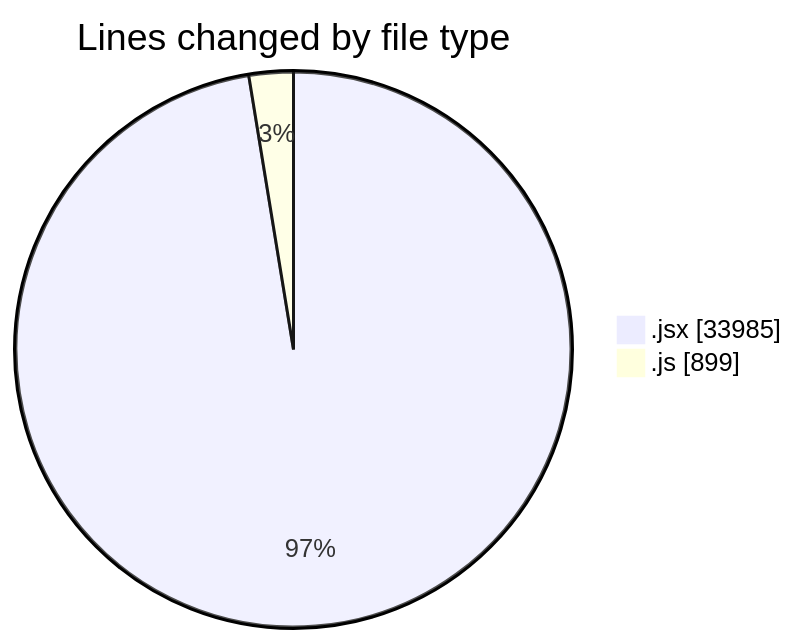
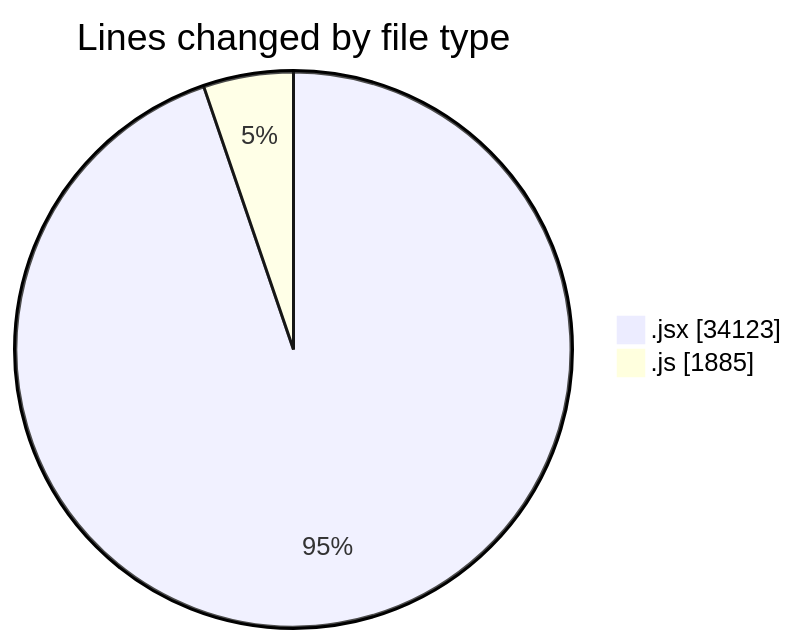
The first of 2 diagrams in 2025-09-29/nxtqube_webapp/README.md (nxtqubesakshisongat/code-tracking), drawn with Mermaid before and after one commit. The commit also changed other lines of this file and 1 other file, not shown here.

````diff
--- a/2025-09-29/nxtqube_webapp/README.md
+++ b/2025-09-29/nxtqube_webapp/README.md
@@ -21,6 +22,6 @@
 ```mermaid
 pie showData
 title Lines changed by file type
-".jsx" : 33985
-".js" : 899
+".jsx" : 34123
+".js" : 1885
 ```
````
